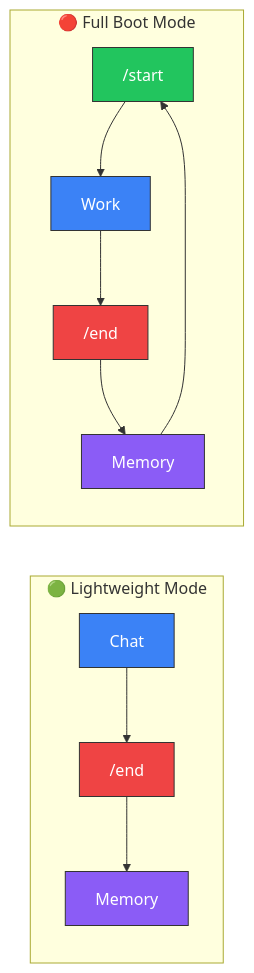
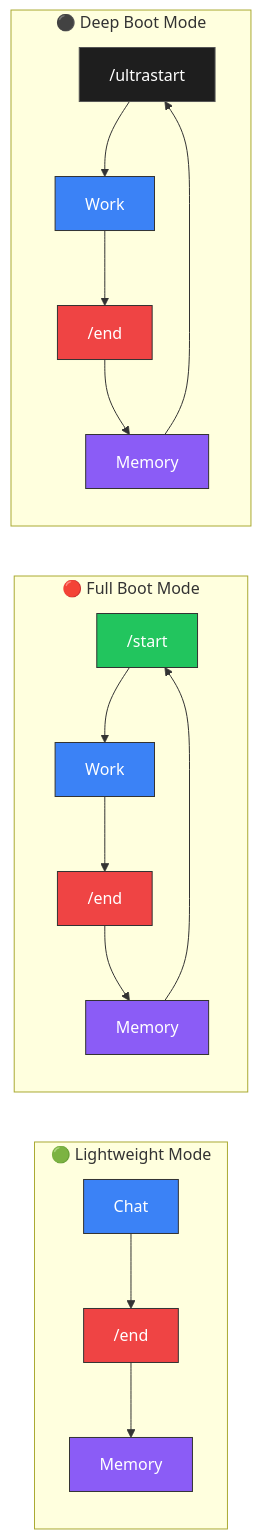
Before and after one commit to agent-memory-atlas-archive/winstonkoh87--Athena-Public: the diagram in README.md, drawn with Mermaid. The commit also changed other lines of this file and 11 other files, not shown here.

````diff
--- a/README.md
+++ b/README.md
@@ -279,22 +302,33 @@
 ```mermaid
 flowchart LR
     subgraph "🟢 Lightweight Mode"
         A1["Chat"] --> C1["/end"]
         C1 --> D1["Memory"]
     end
 
     subgraph "🔴 Full Boot Mode"
         A2["/start"] --> B2["Work"]
         B2 --> C2["/end"]
         C2 --> D2["Memory"]
         D2 --> A2
     end
 
+    subgraph "⚫ Deep Boot Mode"
+        A3["/ultrastart"] --> B3["Work"]
+        B3 --> C3["/end"]
+        C3 --> D3["Memory"]
+        D3 --> A3
+    end
+
     style A1 fill:#3b82f6,color:#fff,stroke:#333
     style C1 fill:#ef4444,color:#fff,stroke:#333
     style D1 fill:#8b5cf6,color:#fff,stroke:#333
     style A2 fill:#22c55e,color:#fff,stroke:#333
     style C2 fill:#ef4444,color:#fff,stroke:#333
     style D2 fill:#8b5cf6,color:#fff,stroke:#333
     style B2 fill:#3b82f6,color:#fff,stroke:#333
+    style A3 fill:#1e1e1e,color:#fff,stroke:#555
+    style B3 fill:#3b82f6,color:#fff,stroke:#333
+    style C3 fill:#ef4444,color:#fff,stroke:#333
+    style D3 fill:#8b5cf6,color:#fff,stroke:#333
 ```
````
